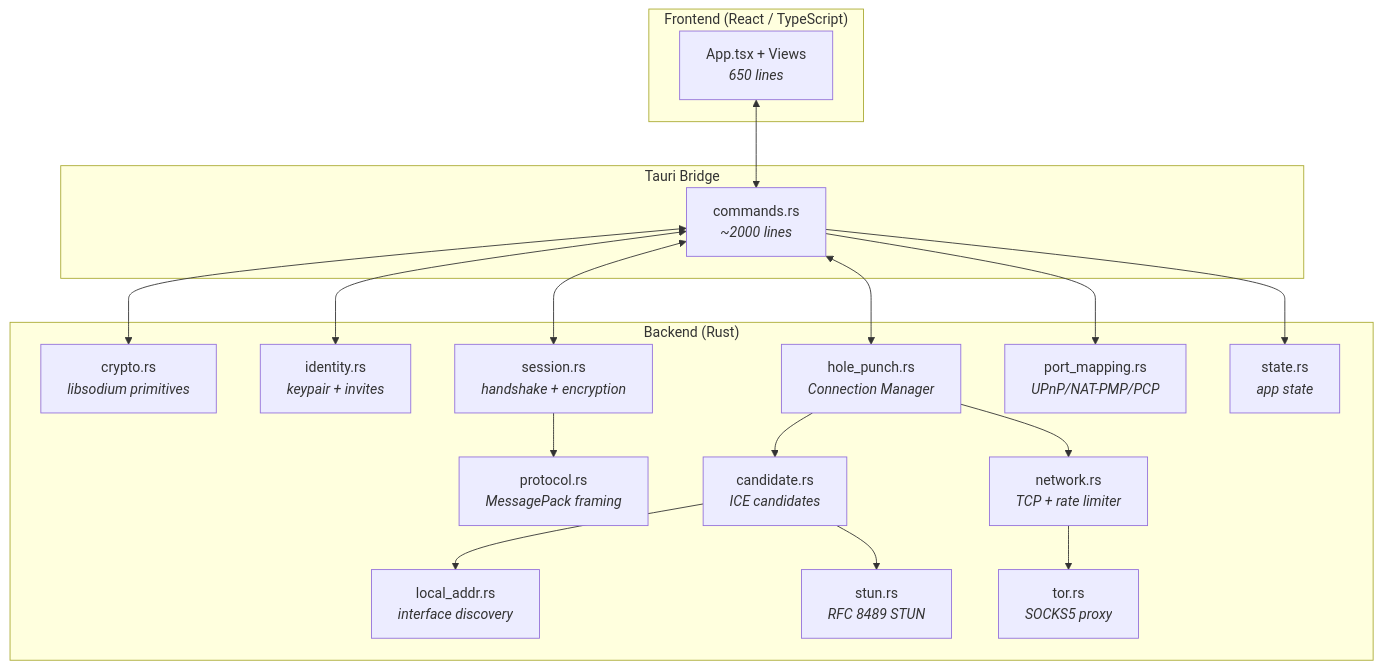
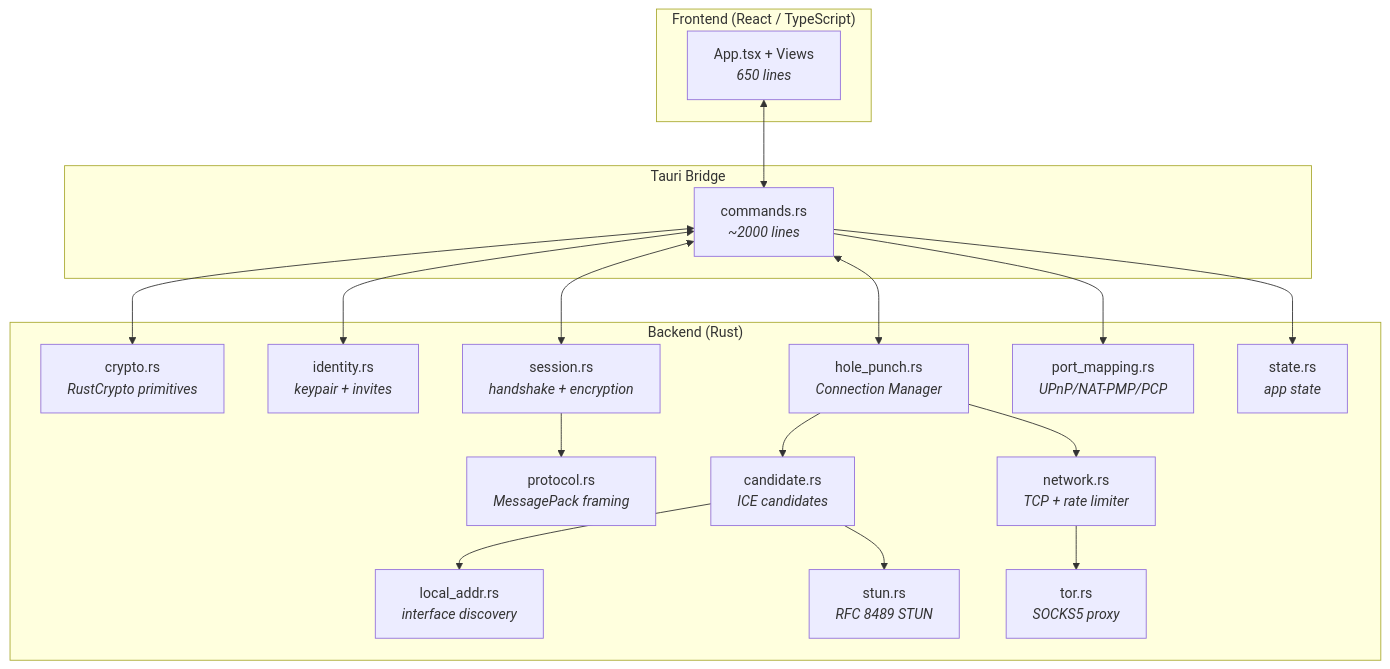
Before and after one commit to Nciibi/m2m: the second of 3 diagrams in README.md, drawn with Mermaid. The commit also changed other lines of this file, not shown here.

````diff
--- a/README.md
+++ b/README.md
@@ -268,34 +268,34 @@
 ```mermaid
 graph TB
     subgraph Frontend ["Frontend (React / TypeScript)"]
         UI["App.tsx + Views<br/><i>650 lines</i>"]
     end
 
     subgraph IPC ["Tauri Bridge"]
         CM["commands.rs<br/><i>~2000 lines</i>"]
     end
 
     subgraph Backend ["Backend (Rust)"]
-        CR["crypto.rs<br/><i>libsodium primitives</i>"]
+        CR["crypto.rs<br/><i>RustCrypto primitives</i>"]
         PR["protocol.rs<br/><i>MessagePack framing</i>"]
         NW["network.rs<br/><i>TCP + rate limiter</i>"]
         SE["session.rs<br/><i>handshake + encryption</i>"]
         ID["identity.rs<br/><i>keypair + invites</i>"]
         ST["storage.rs<br/><i>encrypted SQLite</i>"]
         STUN["stun.rs<br/><i>RFC 8489 STUN</i>"]
         TO["tor.rs<br/><i>SOCKS5 proxy</i>"]
         CA["candidate.rs<br/><i>ICE candidates</i>"]
         HP["hole_punch.rs<br/><i>Connection Manager</i>"]
         PM["port_mapping.rs<br/><i>UPnP/NAT-PMP/PCP</i>"]
         LA["local_addr.rs<br/><i>interface discovery</i>"]
         ST["state.rs<br/><i>app state</i>"]
     end
 
     UI <--> CM
     CM <--> CR & ID & SE & HP
     HP --> CA & NW
     CA --> LA & STUN
     CM --> PM & ST
     NW --> TO
     SE --> PR
 ```
````
